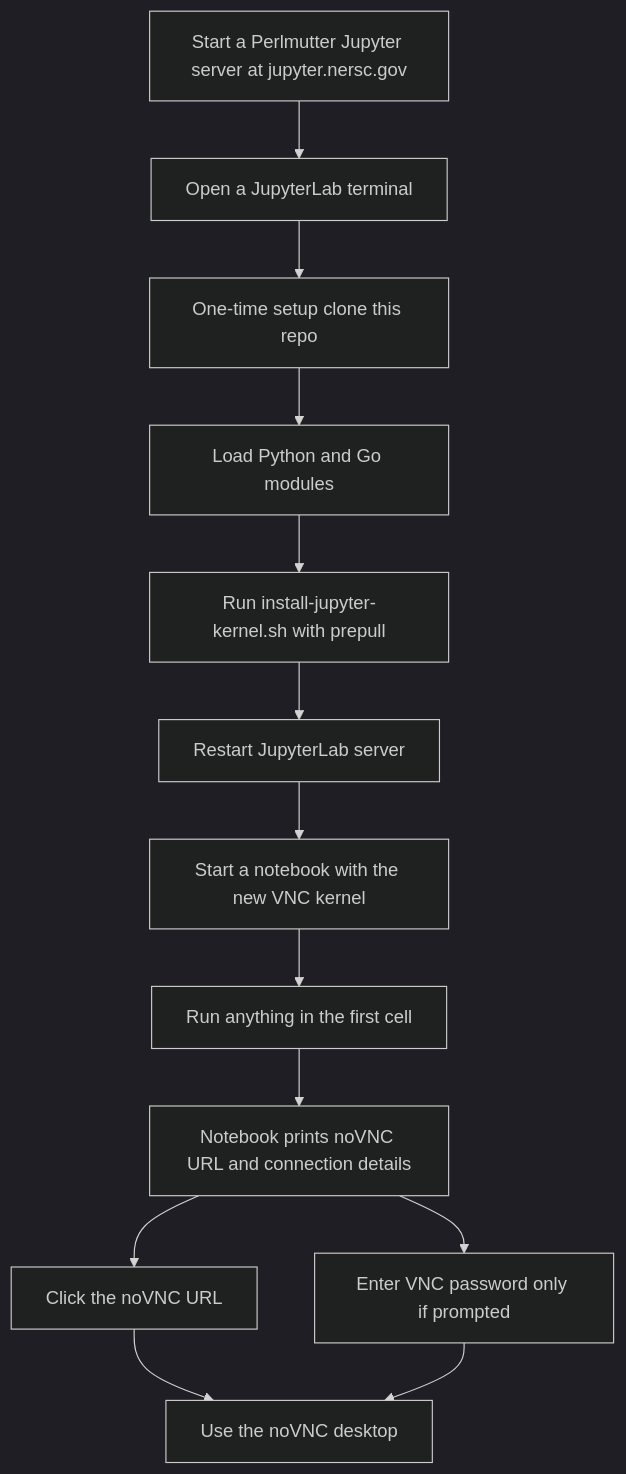
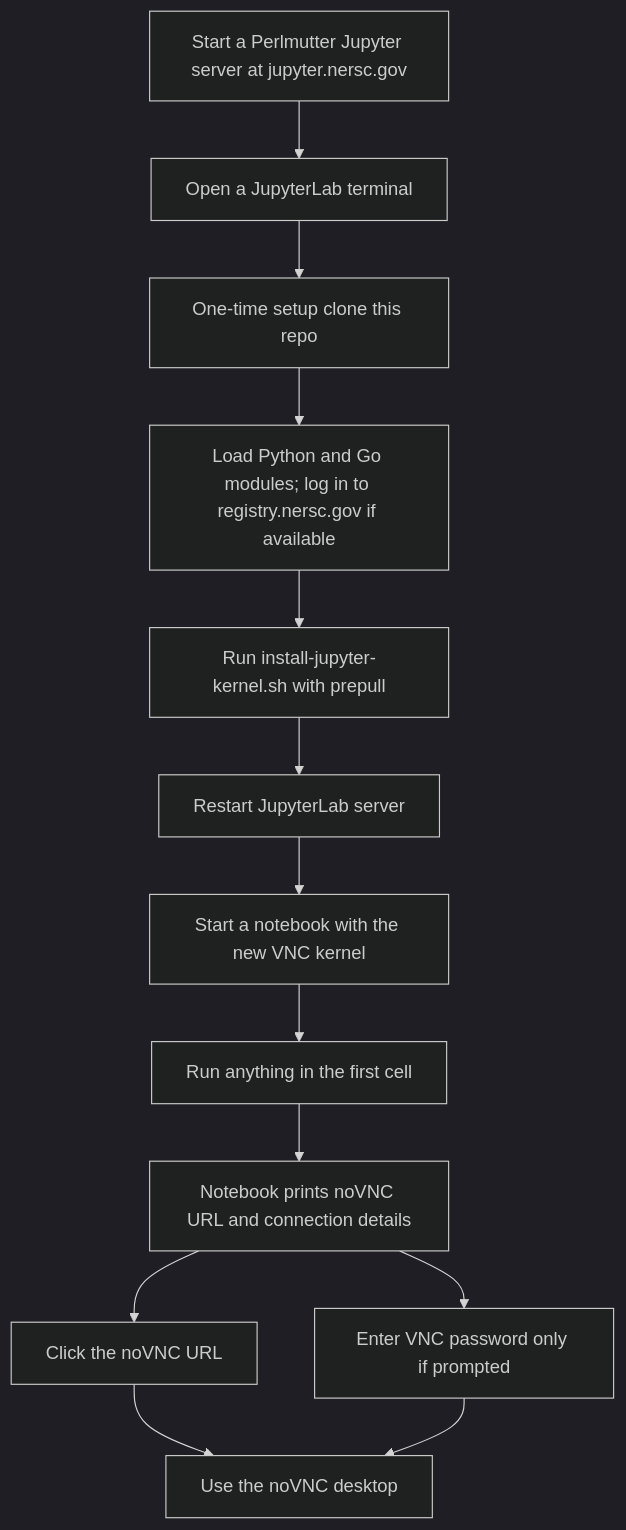
One commit to NERSC/perlmutter-desktop-containers changed the first of 4 diagrams in README.md. Above: the diagram before and after it, drawn with Mermaid (dark theme). The commit also changed other lines of this file and 4 other files, not shown here.

````diff
--- a/README.md
+++ b/README.md
@@ -108,27 +132,27 @@
 ```mermaid
 flowchart TD
     login[Start a Perlmutter Jupyter server at jupyter.nersc.gov]
     terminal[Open a JupyterLab terminal]
     clone[One-time setup clone this repo]
-    modules[Load Python and Go modules]
+    modules[Load Python and Go modules; log in to registry.nersc.gov if available]
     install[Run install-jupyter-kernel.sh with prepull]
     notebook[Start a notebook with the new VNC kernel]
     firstcell[Run anything in the first cell]
     output[Notebook prints noVNC URL and connection details]
     openurl[Click the noVNC URL]
     password[Enter VNC password only if prompted]
     desktop[Use the noVNC desktop]
 
     login --> terminal
     terminal --> clone
     clone --> modules
     modules --> install
     install --> restart[Restart JupyterLab server]
     restart --> notebook
     notebook --> firstcell
     firstcell --> output
     output --> openurl
     output --> password
     openurl --> desktop
     password --> desktop
 ```
````
